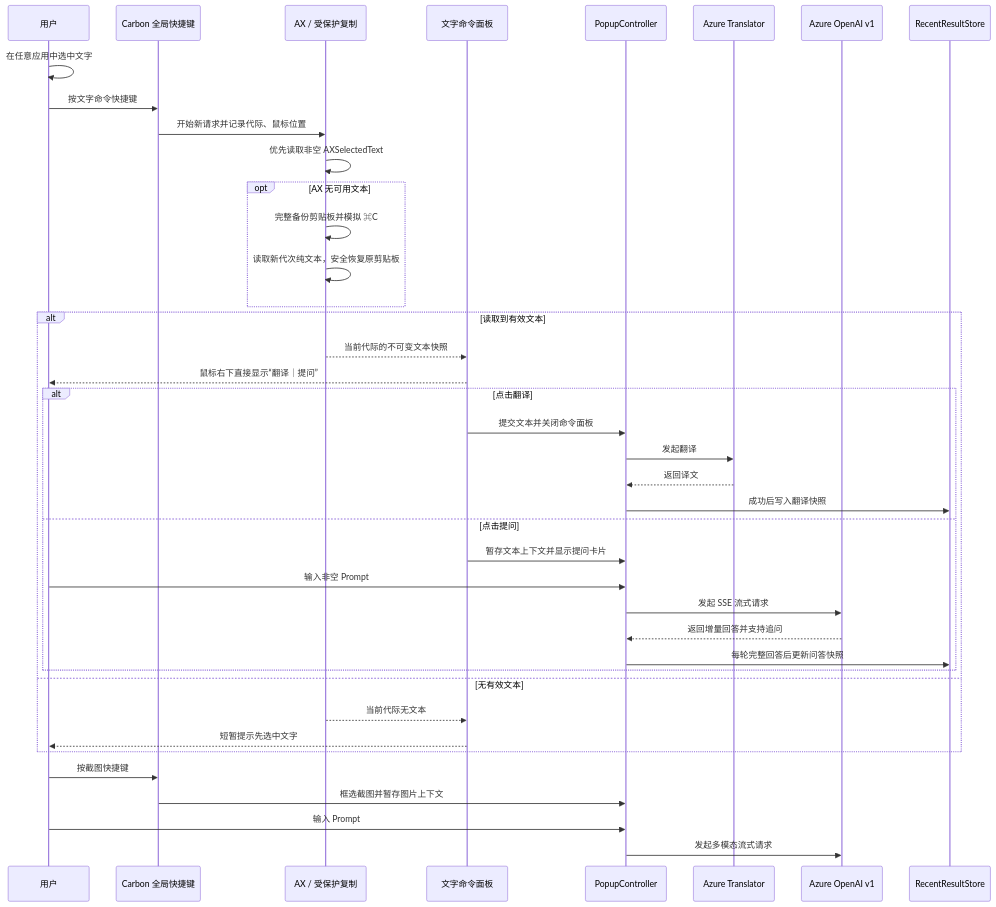
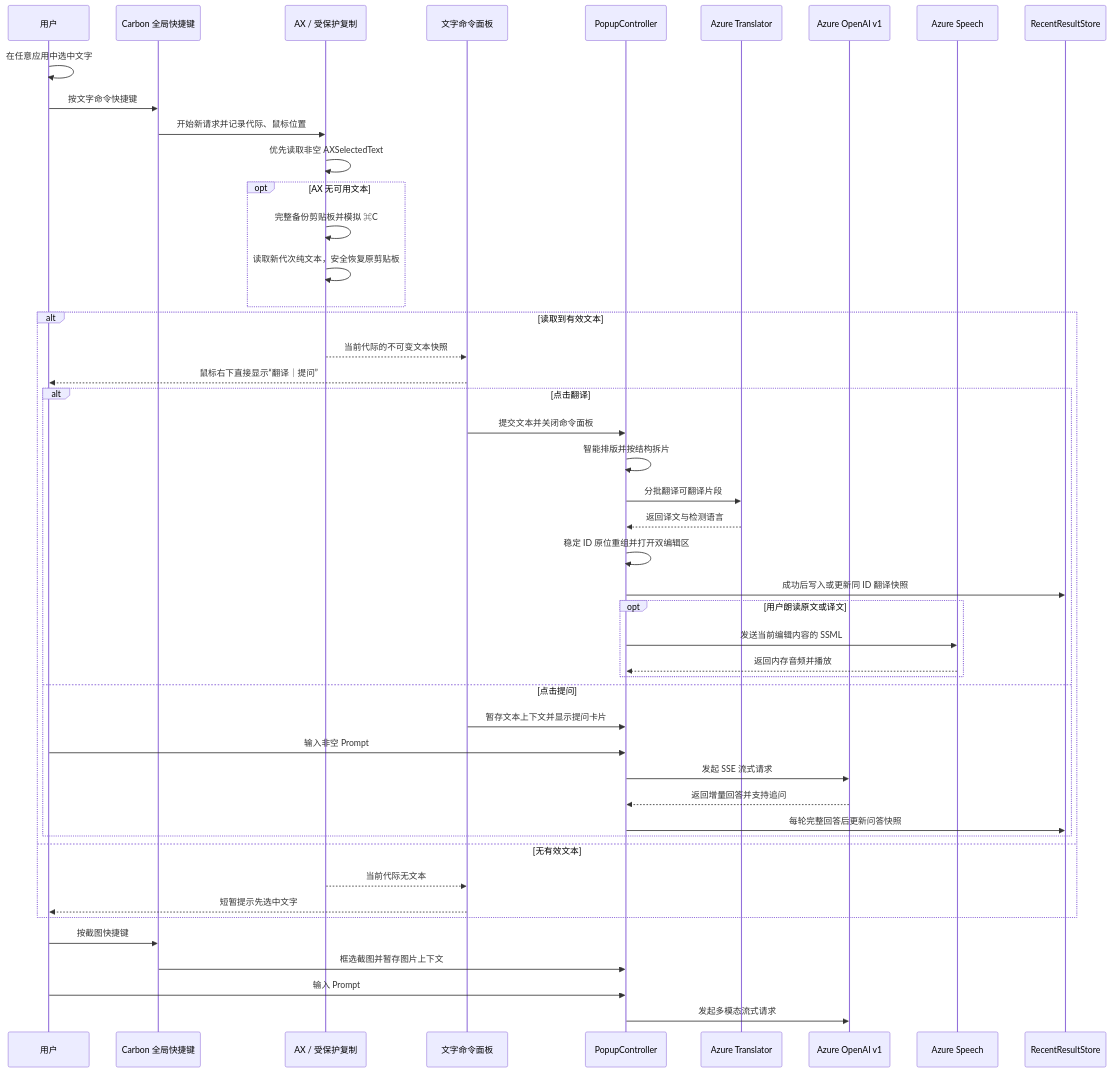
Before and after one commit to Sofiawuh/Glint: the second of 2 diagrams in docs/architecture/overview.md, drawn with Mermaid. The commit also changed other lines of this file and 22 other files, not shown here.

Commit message:
feat: add smart translation workspace and azure speech

````diff
--- a/docs/architecture/overview.md
+++ b/docs/architecture/overview.md
@@ -43,44 +49,51 @@
 ```mermaid
 sequenceDiagram
     participant User as 用户
     participant HotKey as Carbon 全局快捷键
     participant Reader as AX / 受保护复制
     participant Panel as 文字命令面板
     participant Popup as PopupController
     participant Translator as Azure Translator
     participant GPT as Azure OpenAI v1
+    participant Speech as Azure Speech
     participant History as RecentResultStore
 
     User->>User: 在任意应用中选中文字
     User->>HotKey: 按文字命令快捷键
     HotKey->>Reader: 开始新请求并记录代际、鼠标位置
     Reader->>Reader: 优先读取非空 AXSelectedText
     opt AX 无可用文本
         Reader->>Reader: 完整备份剪贴板并模拟 ⌘C
         Reader->>Reader: 读取新代次纯文本，安全恢复原剪贴板
     end
     alt 读取到有效文本
         Reader-->>Panel: 当前代际的不可变文本快照
         Panel-->>User: 鼠标右下直接显示“翻译｜提问”
         alt 点击翻译
             Panel->>Popup: 提交文本并关闭命令面板
-            Popup->>Translator: 发起翻译
-            Translator-->>Popup: 返回译文
-            Popup->>History: 成功后写入翻译快照
+            Popup->>Popup: 智能排版并按结构拆片
+            Popup->>Translator: 分批翻译可翻译片段
+            Translator-->>Popup: 返回译文与检测语言
+            Popup->>Popup: 稳定 ID 原位重组并打开双编辑区
+            Popup->>History: 成功后写入或更新同 ID 翻译快照
+            opt 用户朗读原文或译文
+                Popup->>Speech: 发送当前编辑内容的 SSML
+                Speech-->>Popup: 返回内存音频并播放
+            end
         else 点击提问
             Panel->>Popup: 暂存文本上下文并显示提问卡片
             User->>Popup: 输入非空 Prompt
             Popup->>GPT: 发起 SSE 流式请求
             GPT-->>Popup: 返回增量回答并支持追问
             Popup->>History: 每轮完整回答后更新问答快照
         end
     else 无有效文本
         Reader-->>Panel: 当前代际无文本
         Panel-->>User: 短暂提示先选中文字
     end
 
     User->>HotKey: 按截图快捷键
     HotKey->>Popup: 框选截图并暂存图片上下文
     User->>Popup: 输入 Prompt
     Popup->>GPT: 发起多模态流式请求
 ```
````
